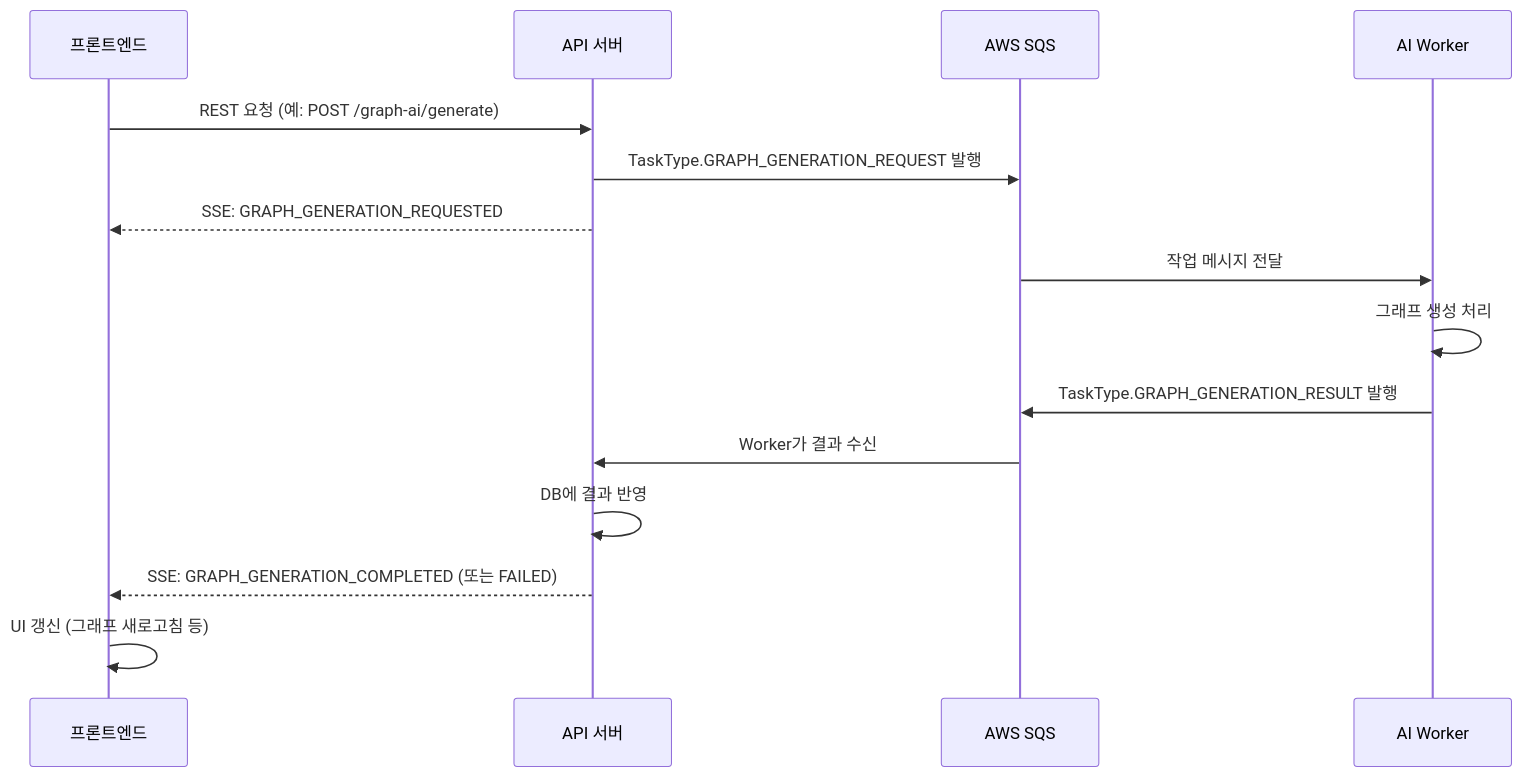
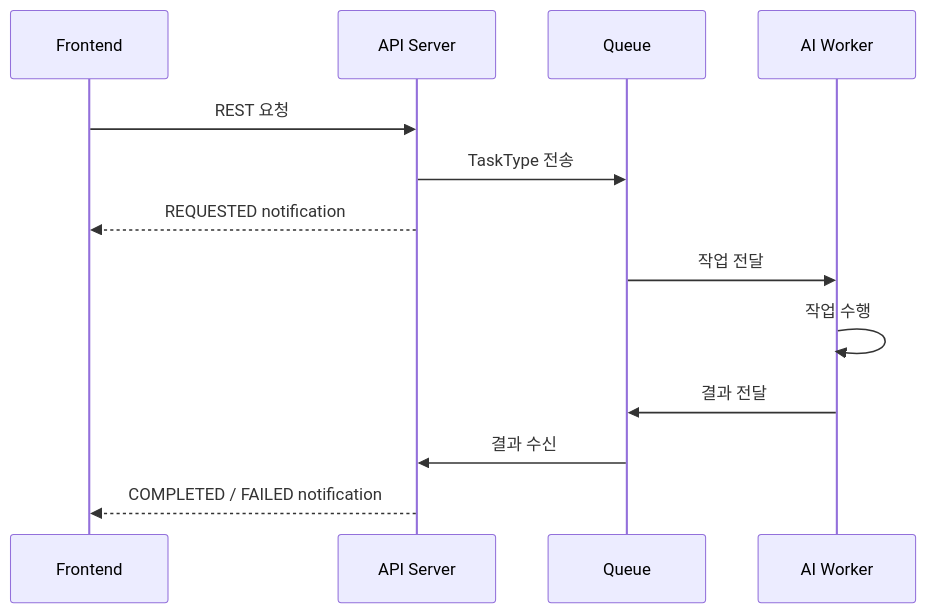
Before and after one commit to TACO-FOR-ALL/GraphNode_BE: the diagram in z_npm_sdk/docs/types/notification.md, drawn with Mermaid. The commit also changed other lines of this file and 4 other files, not shown here.

Commit message:
FEAT : 그래프 진척도 표시용 Worker_Notification 구축

````diff
--- a/z_npm_sdk/docs/types/notification.md
+++ b/z_npm_sdk/docs/types/notification.md
@@ -24,21 +23,18 @@
 ```mermaid
 sequenceDiagram
-    participant FE as 프론트엔드
-    participant API as API 서버
-    participant SQS as AWS SQS
+    participant FE as Frontend
+    participant API as API Server
+    participant SQS as Queue
     participant AI as AI Worker
 
-    FE->>API: REST 요청 (예: POST /graph-ai/generate)
-    API->>SQS: TaskType.GRAPH_GENERATION_REQUEST 발행
-    API-->>FE: SSE: GRAPH_GENERATION_REQUESTED
+    FE->>API: REST 요청
+    API->>SQS: TaskType 전송
+    API-->>FE: REQUESTED notification
 
-    SQS->>AI: 작업 메시지 전달
-    AI->>AI: 그래프 생성 처리
-    AI->>SQS: TaskType.GRAPH_GENERATION_RESULT 발행
+    SQS->>AI: 작업 전달
+    AI->>AI: 작업 수행
+    AI->>SQS: 결과 전달
 
-    SQS->>API: Worker가 결과 수신
-    API->>API: DB에 결과 반영
-    API-->>FE: SSE: GRAPH_GENERATION_COMPLETED (또는 FAILED)
-
-    FE->>FE: UI 갱신 (그래프 새로고침 등)
+    SQS->>API: 결과 수신
+    API-->>FE: COMPLETED / FAILED notification
 ```
````
